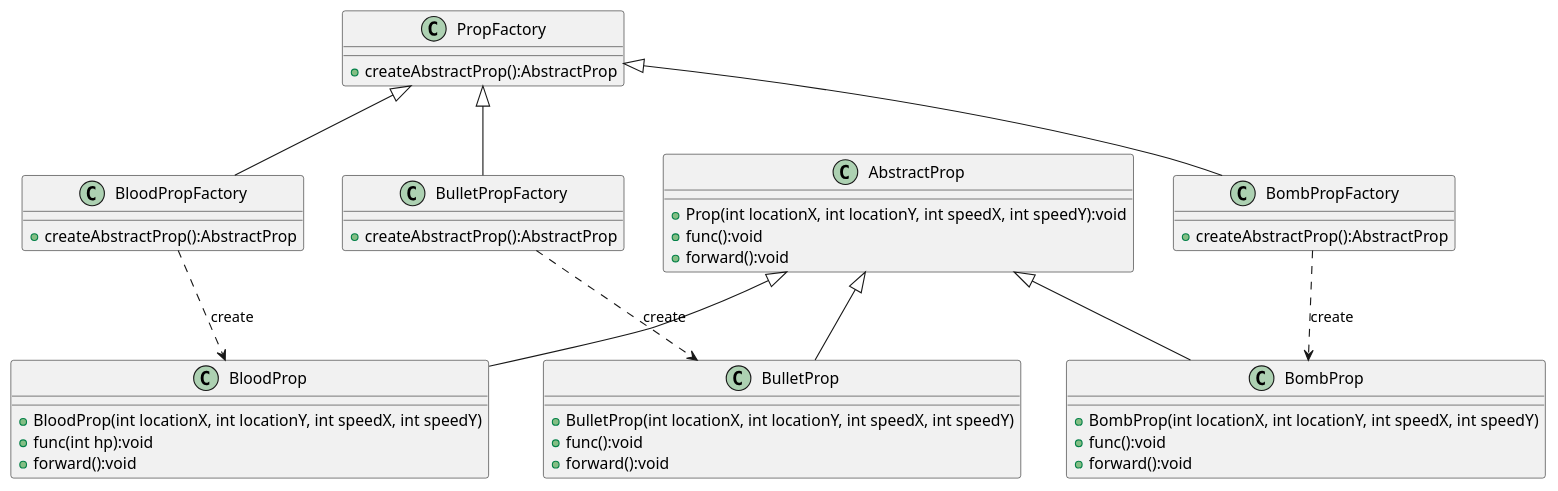
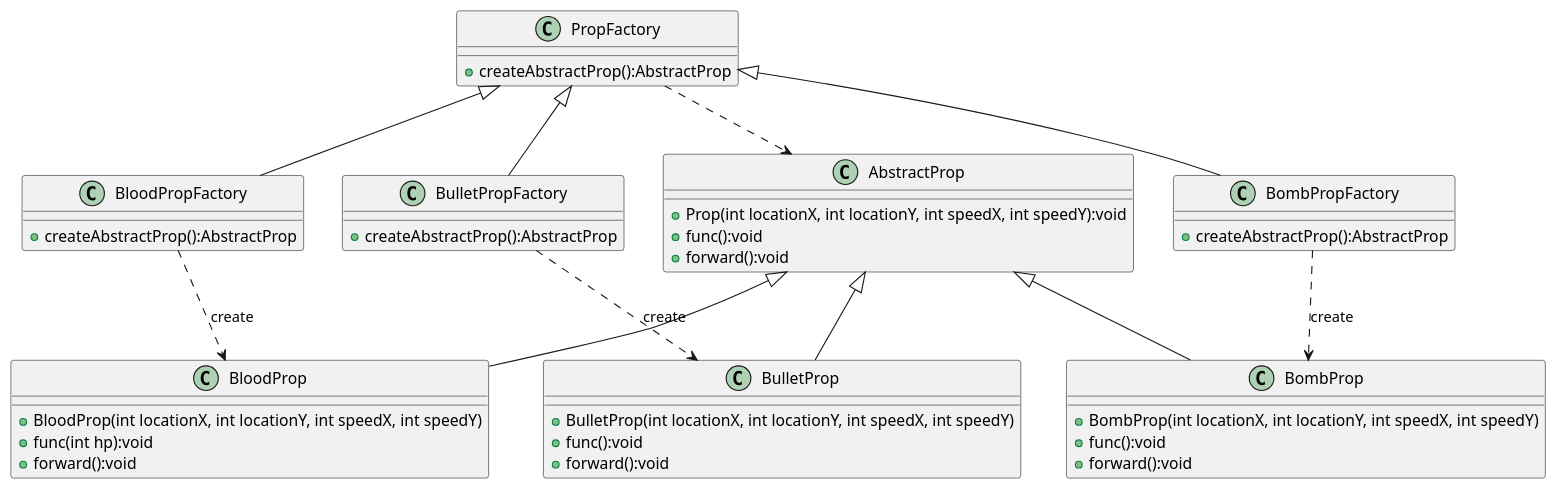
The diagram in uml/FatoryPattern_Prop.puml (yfyzxyzsq/AircraftWar-base), drawn with PlantUML before and after one commit. The commit also changed 6 other files, not shown here.

```diff
--- a/uml/FatoryPattern_Prop.puml
+++ b/uml/FatoryPattern_Prop.puml
@@ -1,65 +1,67 @@
 @startuml
 'https://plantuml.com/class-diagram
 
 abstract class AbstractProp
 
 class PropFactory
 class BloodPropFactory
 class BombPropFactory
 class BulletPropFactory
 
 class BloodProp
 class BombProp
 class BulletProp
 
 PropFactory <|-- BloodPropFactory
 PropFactory <|-- BombPropFactory
 PropFactory <|-- BulletPropFactory
 
 AbstractProp <|-- BloodProp
 AbstractProp <|-- BombProp
 AbstractProp <|-- BulletProp
 
+
+PropFactory ..> AbstractProp
 BloodPropFactory ..> BloodProp : create
 BombPropFactory ..> BombProp : create
 BulletPropFactory ..> BulletProp : create
 
 class AbstractProp{
     +Prop(int locationX, int locationY, int speedX, int speedY):void
     +func():void
     +forward():void
 }
 
 class PropFactory{
     +createAbstractProp():AbstractProp
 }
 
 class BloodPropFactory{
     +createAbstractProp():AbstractProp
 }
 class BombPropFactory{
     +createAbstractProp():AbstractProp
 }
 class BulletPropFactory{
     +createAbstractProp():AbstractProp
 }
 
 class BloodProp{
     +BloodProp(int locationX, int locationY, int speedX, int speedY)
     +func(int hp):void
     +forward():void
 }
 
 class BombProp{
     +BombProp(int locationX, int locationY, int speedX, int speedY)
     +func():void
     +forward():void
 }
 
 class BulletProp{
     +BulletProp(int locationX, int locationY, int speedX, int speedY)
     +func():void
     +forward():void
 }
 
 @enduml
```
